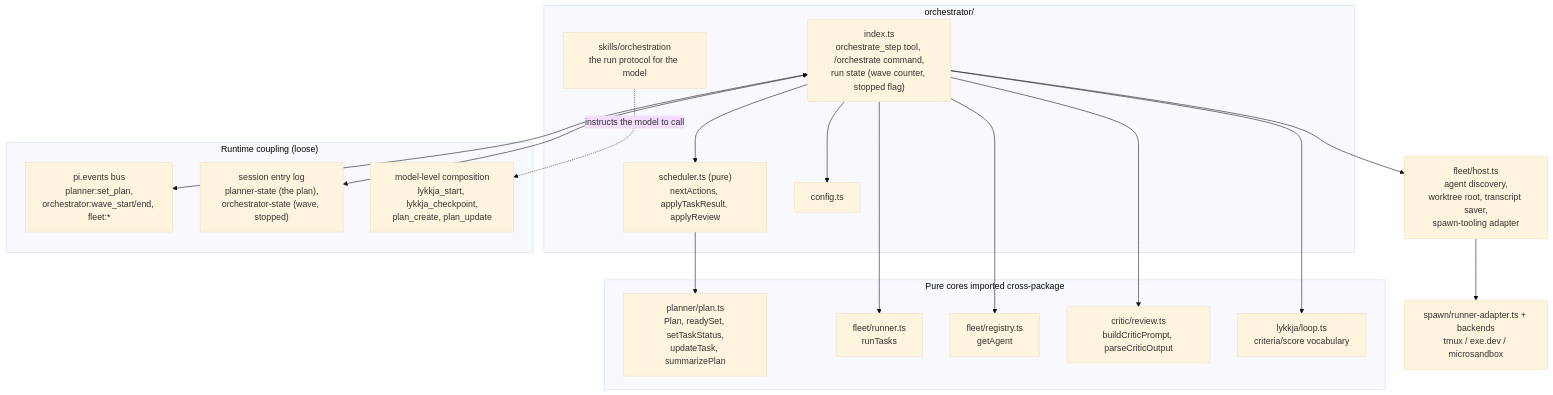
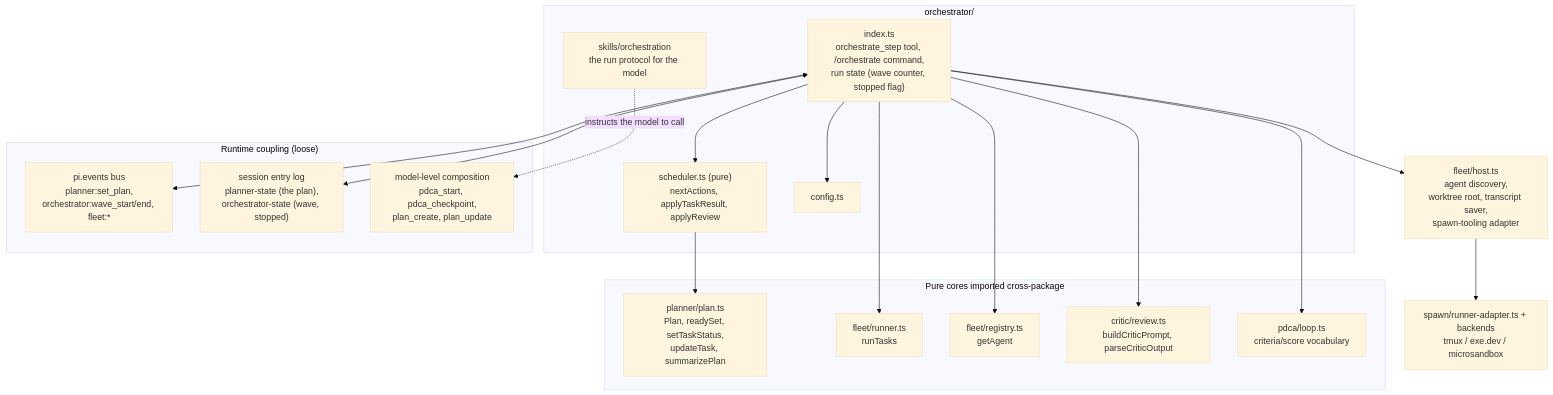
One commit to ulvestuen/pi-kit changed the first of 9 diagrams in docs/orchestrator-architecture.md. Above: the diagram before and after it, drawn with Mermaid (base theme). The commit also changed other lines of this file and 38 other files, not shown here.

First line of the commit message:
Rename the lykkja extension to pdca

````diff
--- a/docs/orchestrator-architecture.md
+++ b/docs/orchestrator-architecture.md
@@ -60,40 +60,40 @@
 ```mermaid
 flowchart TB
     subgraph orch["orchestrator/"]
         idx["index.ts<br/>orchestrate_step tool, /orchestrate command,<br/>run state (wave counter, stopped flag)"]
         sched["scheduler.ts (pure)<br/>nextActions, applyTaskResult, applyReview"]
         cfg["config.ts"]
         skill["skills/orchestration<br/>the run protocol for the model"]
     end
 
     subgraph cores["Pure cores imported cross-package"]
         plan["planner/plan.ts<br/>Plan, readySet, setTaskStatus,<br/>updateTask, summarizePlan"]
         runner["fleet/runner.ts<br/>runTasks"]
         registry["fleet/registry.ts<br/>getAgent"]
         review["critic/review.ts<br/>buildCriticPrompt, parseCriticOutput"]
-        loop["lykkja/loop.ts<br/>criteria/score vocabulary"]
+        loop["pdca/loop.ts<br/>criteria/score vocabulary"]
     end
 
     host["fleet/host.ts<br/>agent discovery,<br/>worktree root, transcript saver,<br/>spawn-tooling adapter"]
     spawn["spawn/runner-adapter.ts + backends<br/>tmux / exe.dev / microsandbox"]
 
     idx --> sched
     idx --> cfg
     sched --> plan
     idx --> runner
     idx --> registry
     idx --> review
     idx --> loop
     idx --> host
     host --> spawn
 
     subgraph runtime["Runtime coupling (loose)"]
         bus["pi.events bus<br/>planner:set_plan,<br/>orchestrator:wave_start/end, fleet:*"]
         entries["session entry log<br/>planner-state (the plan),<br/>orchestrator-state (wave, stopped)"]
-        tools["model-level composition<br/>lykkja_start, lykkja_checkpoint,<br/>plan_create, plan_update"]
+        tools["model-level composition<br/>pdca_start, pdca_checkpoint,<br/>plan_create, plan_update"]
     end
 
     idx <--> bus
     idx <--> entries
     skill -.->|"instructs the model to call"| tools
 ```
````
